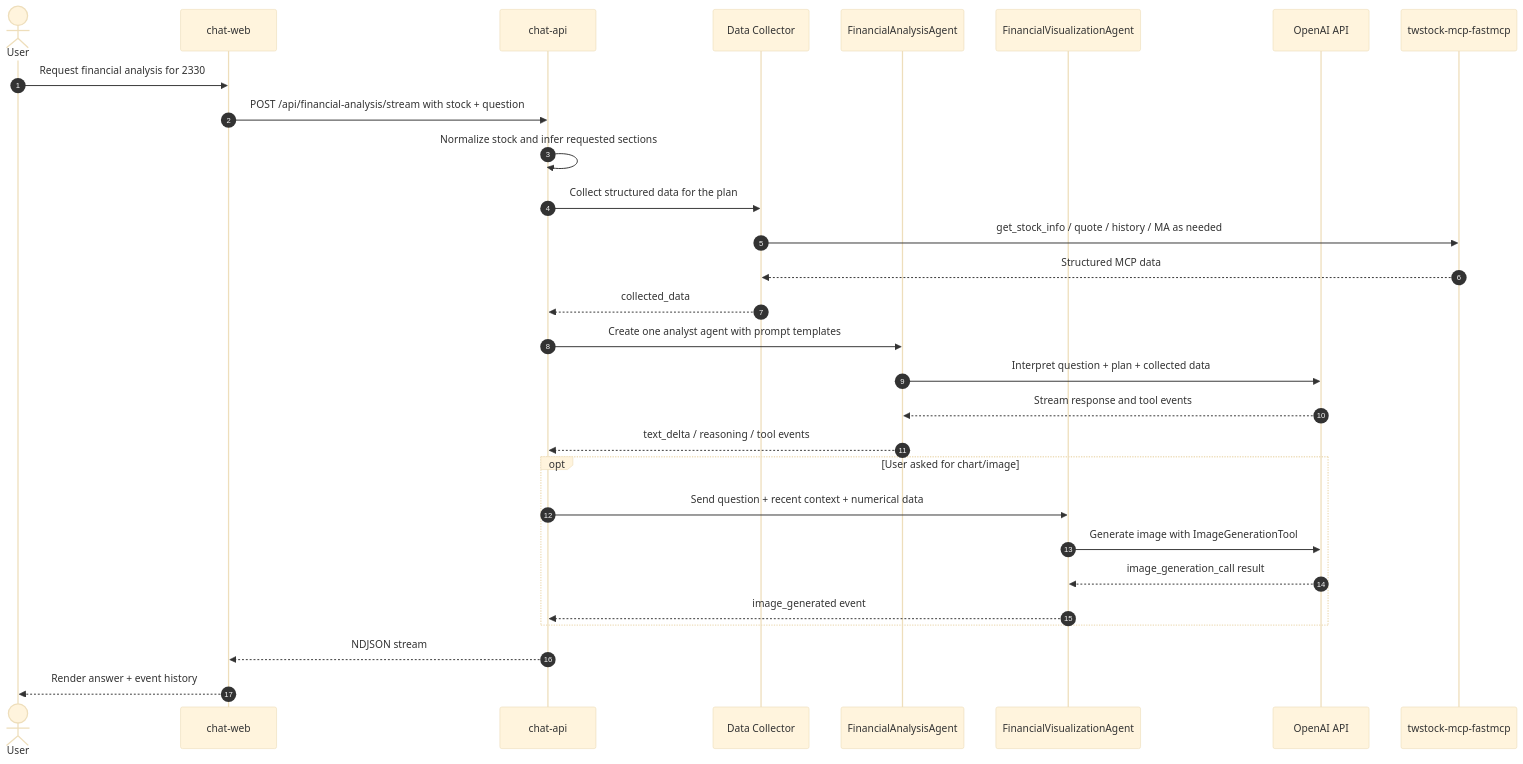
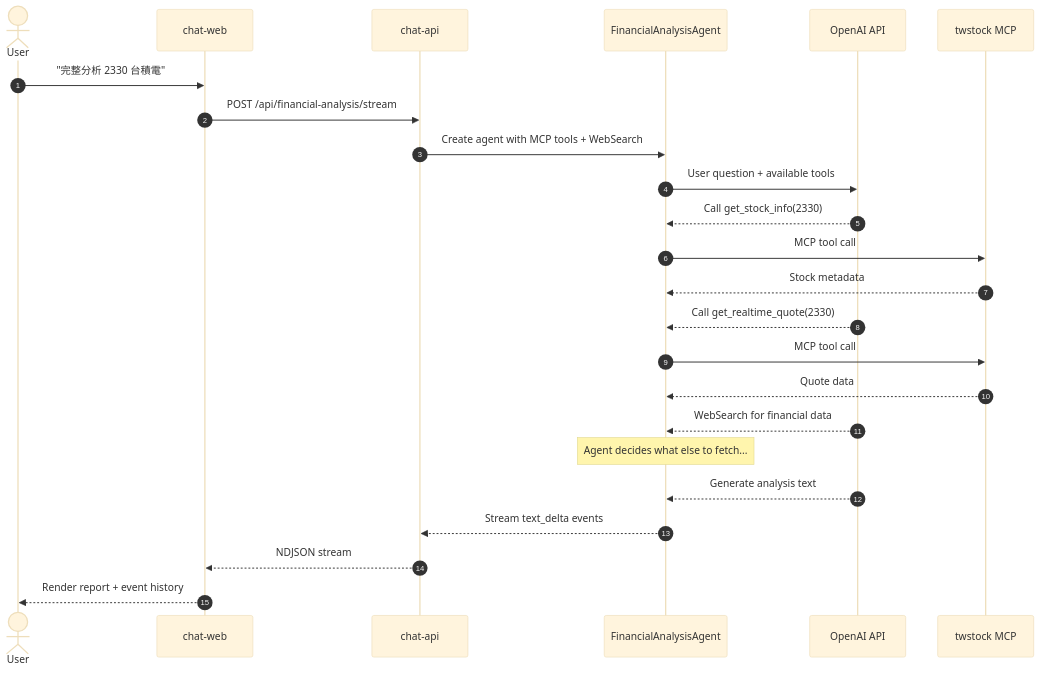
The second of 3 diagrams in docs/CURRENT_ARCHITECTURE.md (CJsGit-tech/TWStock-Agents), drawn with Mermaid (base theme) before and after one commit. The commit also changed other lines of this file and 13 other files, not shown here.

````diff
--- a/docs/CURRENT_ARCHITECTURE.md
+++ b/docs/CURRENT_ARCHITECTURE.md
@@ -102,32 +67,27 @@
 ```mermaid
 sequenceDiagram
     autonumber
     actor U as User
     participant W as chat-web
     participant A as chat-api
-    participant C as Data Collector
-    participant F as FinancialAnalysisAgent
-    participant V as FinancialVisualizationAgent
+    participant FA as FinancialAnalysisAgent
     participant O as OpenAI API
-    participant T as twstock-mcp-fastmcp
+    participant T as twstock MCP
 
-    U->>W: Request financial analysis for 2330
-    W->>A: POST /api/financial-analysis/stream with stock + question
-    A->>A: Normalize stock and infer requested sections
-    A->>C: Collect structured data for the plan
-    C->>T: get_stock_info / quote / history / MA as needed
-    T-->>C: Structured MCP data
-    C-->>A: collected_data
-    A->>F: Create one analyst agent with prompt templates
-    F->>O: Interpret question + plan + collected data
-    O-->>F: Stream response and tool events
-    F-->>A: text_delta / reasoning / tool events
-    opt User asked for chart/image
-        A->>V: Send question + recent context + numerical data
-        V->>O: Generate image with ImageGenerationTool
-        O-->>V: image_generation_call result
-        V-->>A: image_generated event
-    end
+    U->>W: "完整分析 2330 台積電"
+    W->>A: POST /api/financial-analysis/stream
+    A->>FA: Create agent with MCP tools + WebSearch
+    FA->>O: User question + available tools
+    O-->>FA: Call get_stock_info(2330)
+    FA->>T: MCP tool call
+    T-->>FA: Stock metadata
+    O-->>FA: Call get_realtime_quote(2330)
+    FA->>T: MCP tool call
+    T-->>FA: Quote data
+    O-->>FA: WebSearch for financial data
+    Note over FA: Agent decides what else to fetch...
+    O-->>FA: Generate analysis text
+    FA-->>A: Stream text_delta events
     A-->>W: NDJSON stream
-    W-->>U: Render answer + event history
+    W-->>U: Render report + event history
 ```
````
